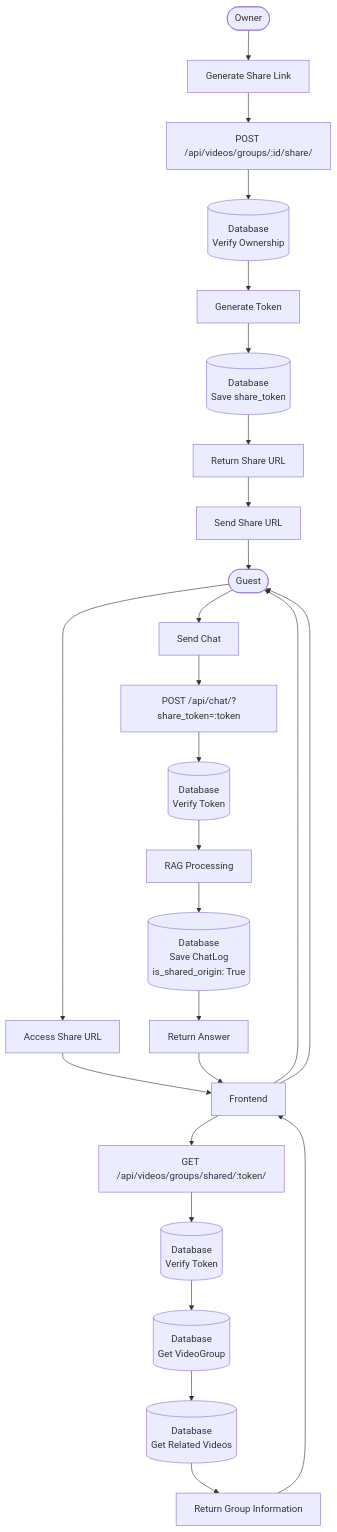
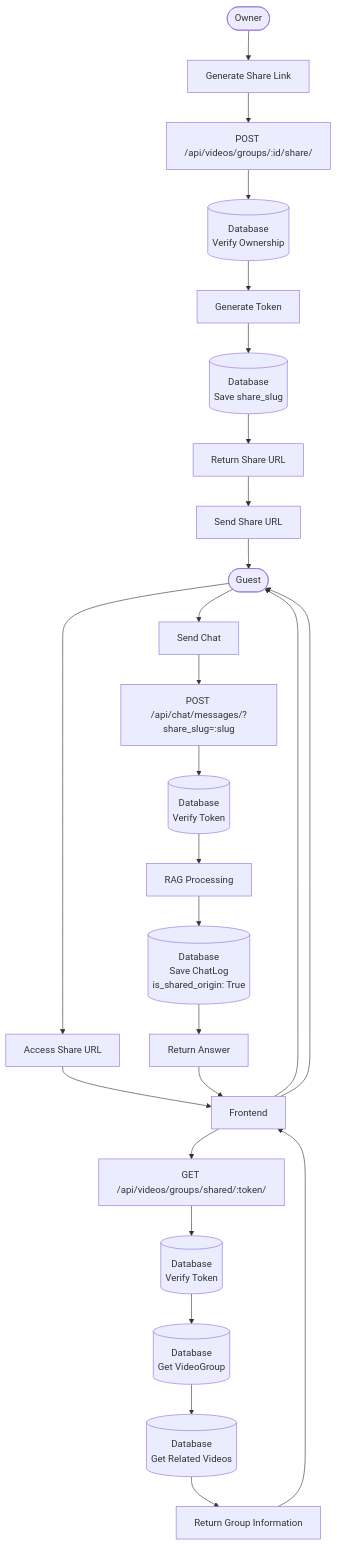
One commit to yukiharada1228/videoq changed the fourth of 9 diagrams in docs/database/data-flow-diagram.md. Above: the diagram before and after it, drawn with Mermaid. The commit also changed other lines of this file and 12 other files, not shown here.

Commit message:
docs: update system design, sequence diagrams, database schemas, and requirements docs

````diff
--- a/docs/database/data-flow-diagram.md
+++ b/docs/database/data-flow-diagram.md
@@ -128,31 +128,31 @@
 ```mermaid
 flowchart TD
     Start1([Owner]) --> Generate[Generate Share Link]
     Generate --> API1[POST /api/videos/groups/:id/share/]
     API1 --> Validate1[(Database<br>Verify Ownership)]
     Validate1 --> GenerateToken[Generate Token]
-    GenerateToken --> SaveToken[(Database<br>Save share_token)]
+    GenerateToken --> SaveToken[(Database<br>Save share_slug)]
     SaveToken --> ReturnURL[Return Share URL]
     ReturnURL --> Share[Send Share URL]
     
     Share --> Guest([Guest])
     Guest --> Access[Access Share URL]
     Access --> Frontend[Frontend]
     Frontend --> API2[GET /api/videos/groups/shared/:token/]
     
     API2 --> ValidateToken[(Database<br>Verify Token)]
     ValidateToken --> GetGroup[(Database<br>Get VideoGroup)]
     GetGroup --> GetVideos[(Database<br>Get Related Videos)]
     GetVideos --> Response[Return Group Information]
     Response --> Frontend
     Frontend --> Guest
     
     Guest --> Chat[Send Chat]
-    Chat --> API3[POST /api/chat/?share_token=:token]
+    Chat --> API3[POST /api/chat/messages/?share_slug=:slug]
     API3 --> ValidateToken2[(Database<br>Verify Token)]
     ValidateToken2 --> RAG[RAG Processing]
     RAG --> SaveLog[(Database<br>Save ChatLog<br>is_shared_origin: True)]
     SaveLog --> ReturnAnswer[Return Answer]
     ReturnAnswer --> Frontend
     Frontend --> Guest
 ```
````
